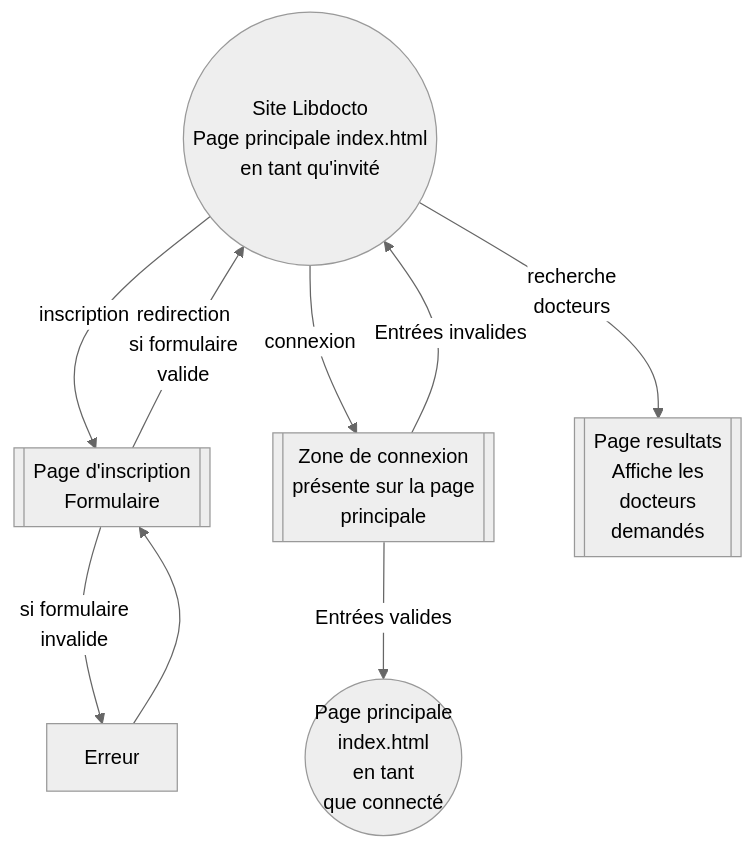
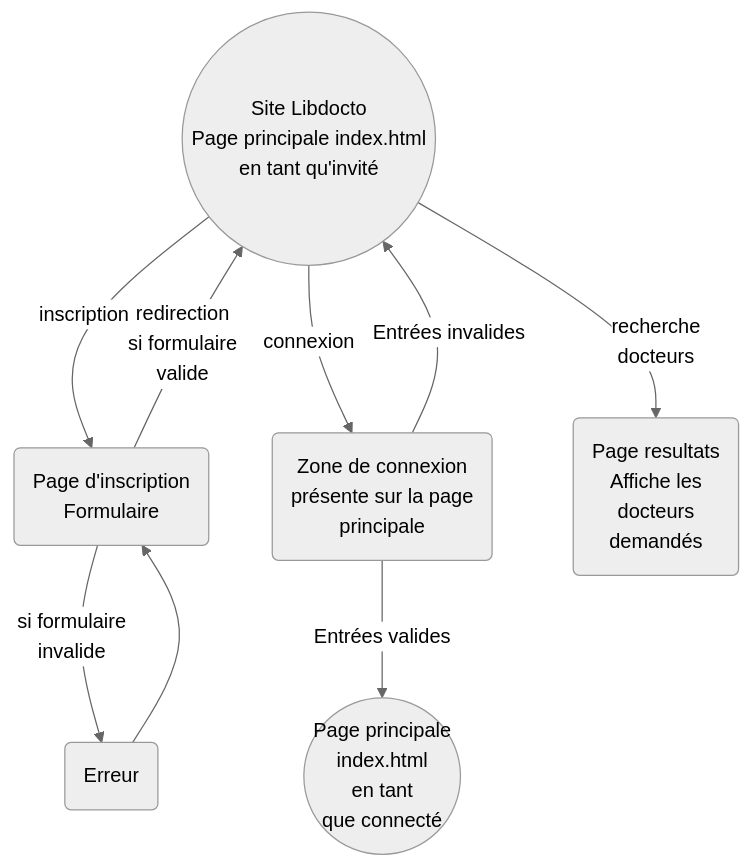
Before and after one commit to Alexis-LF/projet-site-securise: the first of 10 diagrams in FRONT_END/README.md, drawn with Mermaid (neutral theme). The commit also changed other lines of this file, not shown here.

Commit message:
Schema cookie.js

````diff
--- a/FRONT_END/README.md
+++ b/FRONT_END/README.md
@@ -65,21 +65,21 @@
 ```mermaid
 
 flowchart TD;
 
     
 
     %% racine
 
     id2((Site Libdocto\nPage principale index.html\n en tant qu'invité)) 
     
-    id2--inscription--> idinscription[[Page d'inscription\n Formulaire]];
+    id2--inscription--> idinscription(Page d'inscription\n Formulaire);
     idinscription--redirection\n si formulaire\n valide-->id2
-    idinscription--si formulaire\n invalide-->id3[Erreur]
+    idinscription--si formulaire\n invalide-->id3(Erreur)
     id3-->idinscription
 
-    id2--connexion-->idconnexion[[Zone de connexion\n présente sur la page\n principale]]
+    id2--connexion-->idconnexion(Zone de connexion\n présente sur la page\n principale)
     idconnexion--Entrées valides-->idpageconnecte((Page principale\nindex.html\nen tant\nque connecté))
     idconnexion--Entrées invalides\n-->id2
 
-    id2--recherche\n docteurs-->idrecherche[[Page resultats\nAffiche les\n docteurs\n demandés]];
+    id2--recherche\n docteurs-->idrecherche(Page resultats\nAffiche les\n docteurs\n demandés);
 ```
````
